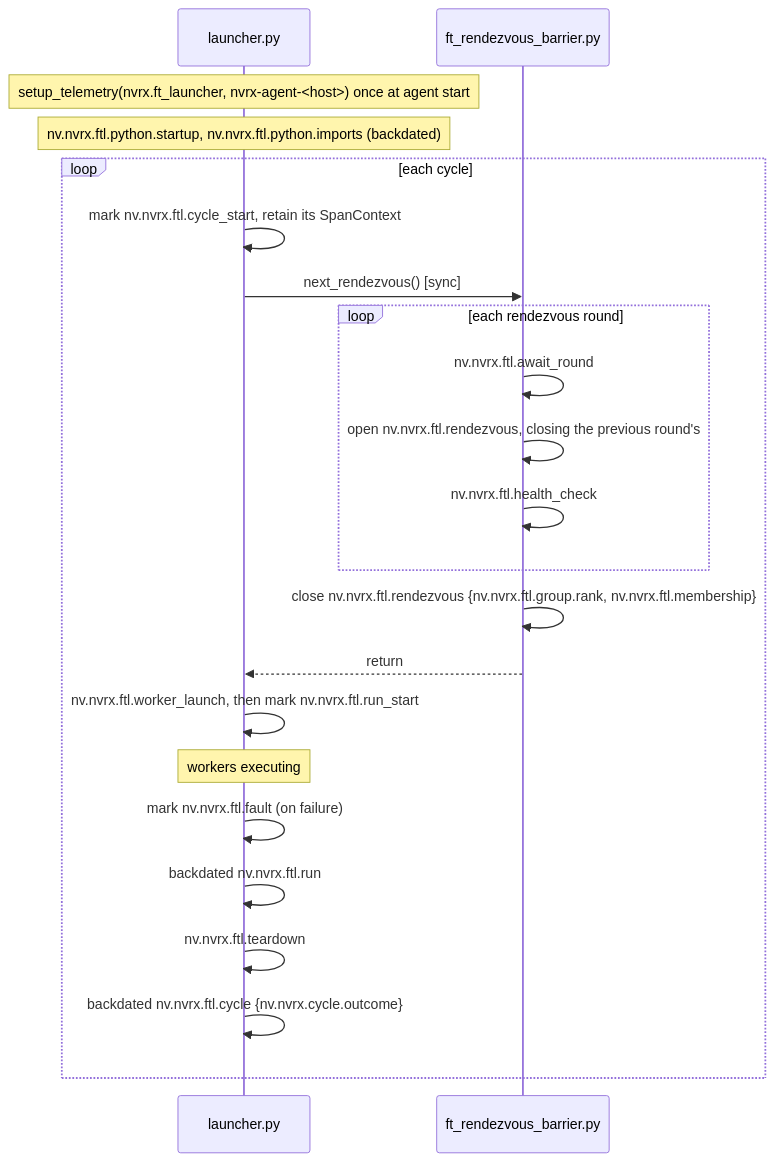
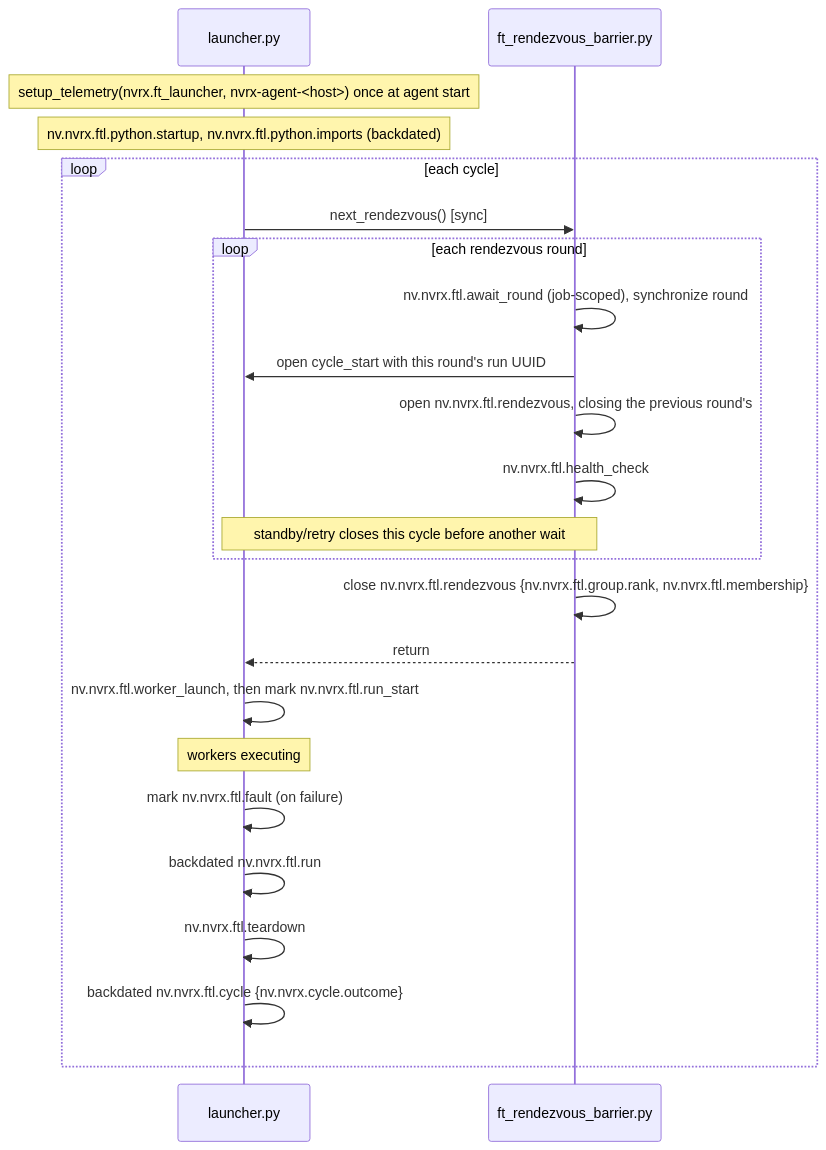
One commit to NVIDIA/nvidia-resiliency-ext changed the second of 2 diagrams in docs/design/telemetry/NEMO_LENS.md. Above: the diagram before and after it, drawn with Mermaid. The commit also changed other lines of this file and 7 other files, not shown here.

````diff
--- a/docs/design/telemetry/NEMO_LENS.md
+++ b/docs/design/telemetry/NEMO_LENS.md
@@ -164,26 +181,27 @@
 ```mermaid
 sequenceDiagram
     participant L as launcher.py
     participant R as ft_rendezvous_barrier.py
 
     Note over L: setup_telemetry(nvrx.ft_launcher, nvrx-agent-<host>) once at agent start
     Note over L: nv.nvrx.ftl.python.startup, nv.nvrx.ftl.python.imports (backdated)
 
     loop each cycle
-        L->>L: mark nv.nvrx.ftl.cycle_start, retain its SpanContext
         L->>R: next_rendezvous() [sync]
         loop each rendezvous round
-            R->>R: nv.nvrx.ftl.await_round
+            R->>R: nv.nvrx.ftl.await_round (job-scoped), synchronize round
+            R->>L: open cycle_start with this round's run UUID
             R->>R: open nv.nvrx.ftl.rendezvous, closing the previous round's
             R->>R: nv.nvrx.ftl.health_check
+            Note over R,L: standby/retry closes this cycle before another wait
         end
         R->>R: close nv.nvrx.ftl.rendezvous {nv.nvrx.ftl.group.rank, nv.nvrx.ftl.membership}
         R-->>L: return
         L->>L: nv.nvrx.ftl.worker_launch, then mark nv.nvrx.ftl.run_start
         Note over L: workers executing
         L->>L: mark nv.nvrx.ftl.fault (on failure)
         L->>L: backdated nv.nvrx.ftl.run
         L->>L: nv.nvrx.ftl.teardown
         L->>L: backdated nv.nvrx.ftl.cycle {nv.nvrx.cycle.outcome}
     end
 ```
````
